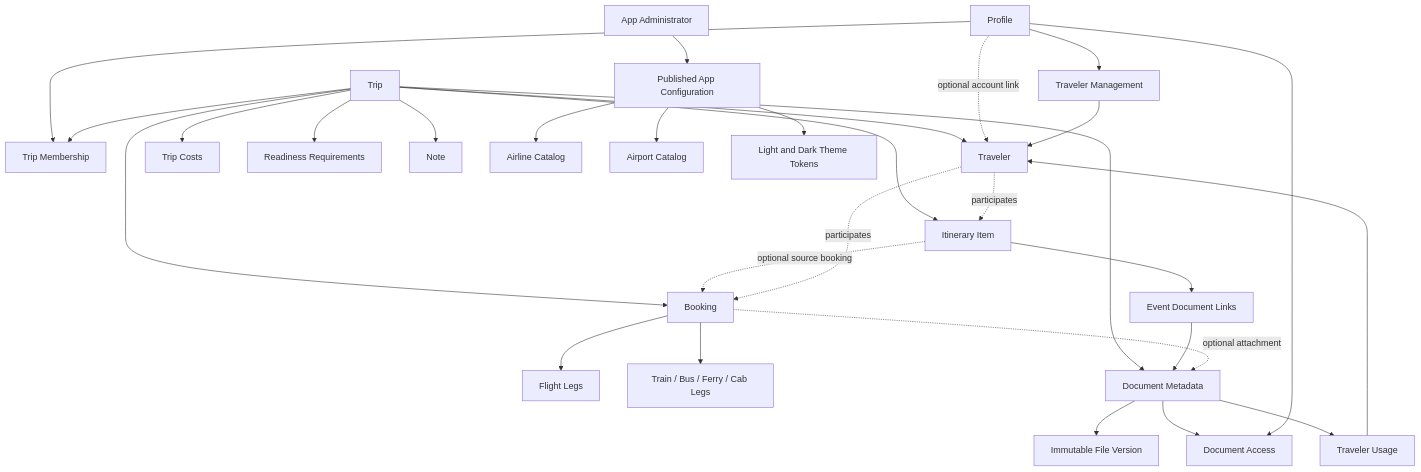
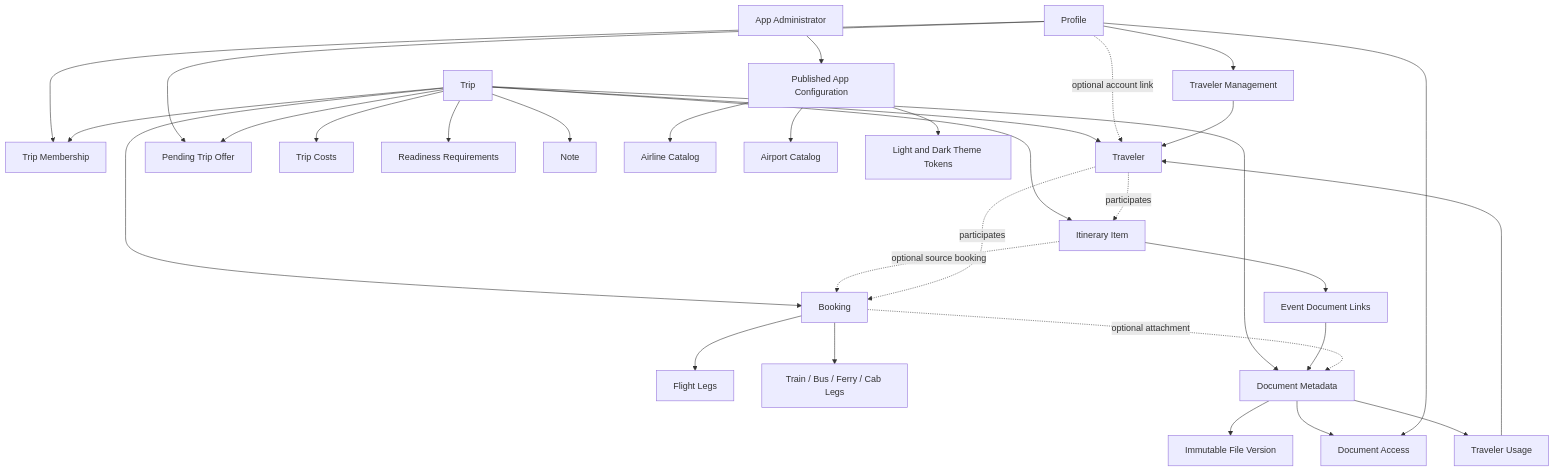
One commit to shantanu1258/trip-vault changed the second of 4 diagrams in docs/HIGH_LEVEL_DESIGN.md. Above: the diagram before and after it, drawn with Mermaid. The commit also changed other lines of this file and 32 other files, not shown here.

````diff
--- a/docs/HIGH_LEVEL_DESIGN.md
+++ b/docs/HIGH_LEVEL_DESIGN.md
@@ -164,32 +164,34 @@
 ```mermaid
 flowchart TD
     PROFILE[Profile] --> MEMBER[Trip Membership]
     TRIP[Trip] --> MEMBER
     TRIP --> TRAVELER[Traveler]
     PROFILE -. optional account link .-> TRAVELER
+    PROFILE --> OFFER[Pending Trip Offer]
+    TRIP --> OFFER
     PROFILE --> MANAGER[Traveler Management]
     MANAGER --> TRAVELER
     TRIP --> BOOKING[Booking]
     TRIP --> ITEM[Itinerary Item]
     BOOKING --> FLIGHT[Flight Legs]
     BOOKING --> JOURNEY[Train / Bus / Ferry / Cab Legs]
     TRIP --> COST[Trip Costs]
     TRIP --> REQUIREMENT[Readiness Requirements]
     TRIP --> NOTE[Note]
     TRIP --> DOCUMENT[Document Metadata]
     DOCUMENT --> VERSION[Immutable File Version]
     DOCUMENT --> ACCESS[Document Access]
     DOCUMENT --> ASSIGNMENT[Traveler Usage]
     ASSIGNMENT --> TRAVELER
     ITEM --> ITEM_DOCUMENT[Event Document Links]
     ITEM_DOCUMENT --> DOCUMENT
     PROFILE --> ACCESS
     BOOKING -. optional attachment .-> DOCUMENT
     ITEM -. optional source booking .-> BOOKING
     TRAVELER -. participates .-> BOOKING
     TRAVELER -. participates .-> ITEM
     ADMIN[App Administrator] --> CONFIG[Published App Configuration]
     CONFIG --> AIRLINE[Airline Catalog]
     CONFIG --> AIRPORT[Airport Catalog]
     CONFIG --> THEME[Light and Dark Theme Tokens]
 ```
````
